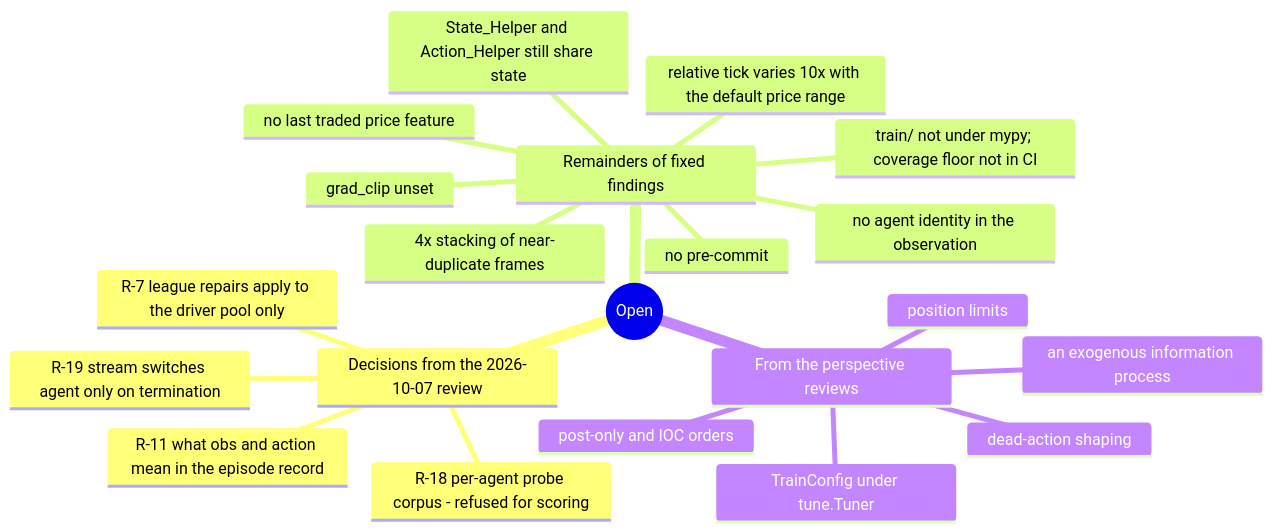
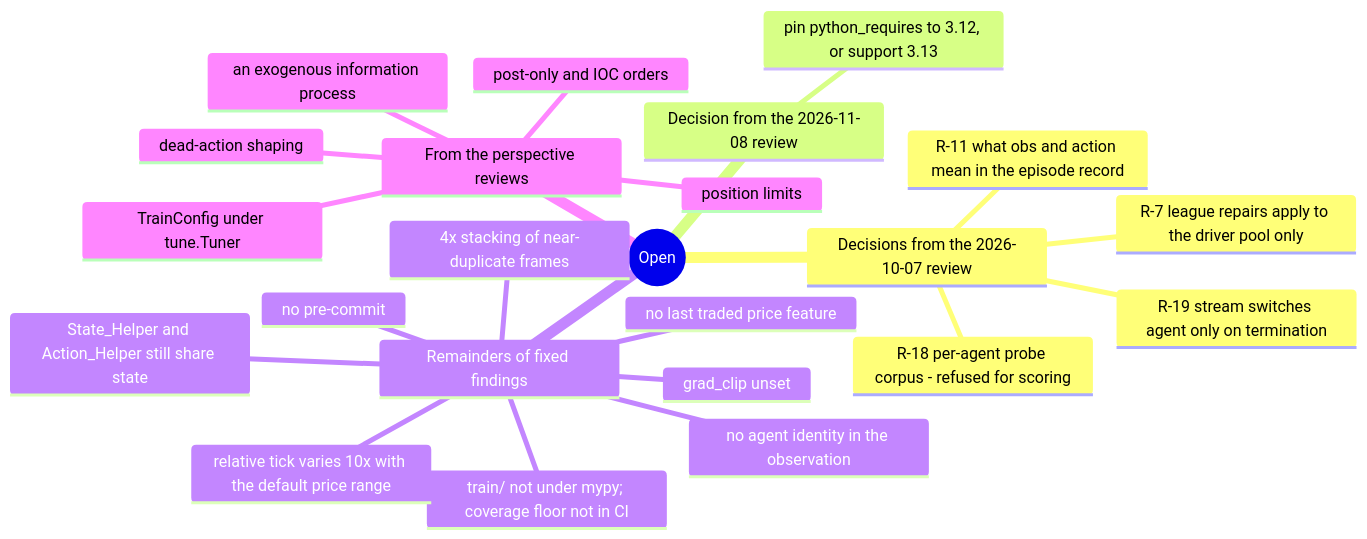
One commit to ChuaCheowHuan/gym-continuousDoubleAuction changed the diagram in docs/15_findings_and_recommendations.md. Above: the diagram before and after it, drawn with Mermaid. The commit also changed other lines of this file and 35 other files, not shown here.

````diff
--- a/docs/15_findings_and_recommendations.md
+++ b/docs/15_findings_and_recommendations.md
@@ -31,24 +31,26 @@
 ```mermaid
 mindmap
   root((Open))
     Decisions from the 2026-10-07 review
       R-7 league repairs apply to the driver pool only
       R-11 what obs and action mean in the episode record
       R-18 per-agent probe corpus - refused for scoring
       R-19 stream switches agent only on termination
+    Decision from the 2026-11-08 review
+      pin python_requires to 3.12, or support 3.13
     Remainders of fixed findings
       grad_clip unset
       no agent identity in the observation
       no last traded price feature
       train/ not under mypy; coverage floor not in CI
       State_Helper and Action_Helper still share state
       4x stacking of near-duplicate frames
       relative tick varies 10x with the default price range
       no pre-commit
     From the perspective reviews
       dead-action shaping
       position limits
       post-only and IOC orders
       an exogenous information process
       TrainConfig under tune.Tuner
 ```
````
